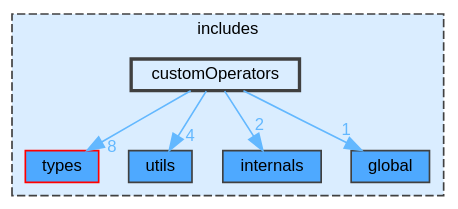
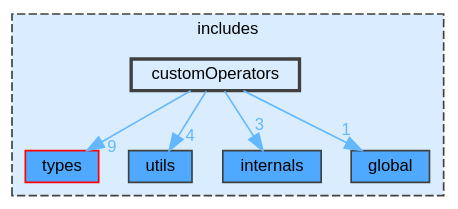
Before and after one commit to JS-CMP/JS-CMP: the diagram in dir_1c63c3c191506360213175317bb3c1a3_dep.dot, drawn with Graphviz. The commit also changed 62 other files, not shown here.

```diff
--- a/dir_1c63c3c191506360213175317bb3c1a3_dep.dot
+++ b/dir_1c63c3c191506360213175317bb3c1a3_dep.dot
@@ -1,20 +1,20 @@
 digraph "includes/customOperators"
 {
  // LATEX_PDF_SIZE
   bgcolor="transparent";
   edge [fontname=Helvetica,fontsize=10,labelfontname=Helvetica,labelfontsize=10];
   node [fontname=Helvetica,fontsize=10,shape=box,height=0.2,width=0.4];
   compound=true
   subgraph clusterdir_09e761304027c904456130627fd4dcf5 {
     graph [ bgcolor="#daedff", pencolor="grey25", label="includes", fontname=Helvetica,fontsize=10 style="filled,dashed", URL="dir_09e761304027c904456130627fd4dcf5.html",tooltip=""]
   dir_00373071588607d1d83d0faa600e52a0 [label="types", fillcolor="#4ea9ff", color="red", style="filled", URL="dir_00373071588607d1d83d0faa600e52a0.html",tooltip=""];
   dir_3f8feeb2fa3bd0d1b751b257ed9f12a2 [label="utils", fillcolor="#4ea9ff", color="grey25", style="filled", URL="dir_3f8feeb2fa3bd0d1b751b257ed9f12a2.html",tooltip=""];
   dir_a9d9b9bbf15479e3064110165d860e33 [label="internals", fillcolor="#4ea9ff", color="grey25", style="filled", URL="dir_a9d9b9bbf15479e3064110165d860e33.html",tooltip=""];
   dir_ab3240e1f48e07e7724fe257c5d3746b [label="global", fillcolor="#4ea9ff", color="grey25", style="filled", URL="dir_ab3240e1f48e07e7724fe257c5d3746b.html",tooltip=""];
   dir_1c63c3c191506360213175317bb3c1a3 [label="customOperators", fillcolor="#daedff", color="grey25", style="filled,bold", URL="dir_1c63c3c191506360213175317bb3c1a3.html",tooltip=""];
   }
-  dir_1c63c3c191506360213175317bb3c1a3->dir_00373071588607d1d83d0faa600e52a0 [headlabel="8", labeldistance=1.5 headhref="dir_000009_000034.html" href="dir_000009_000034.html" color="steelblue1" fontcolor="steelblue1"];
+  dir_1c63c3c191506360213175317bb3c1a3->dir_00373071588607d1d83d0faa600e52a0 [headlabel="9", labeldistance=1.5 headhref="dir_000009_000034.html" href="dir_000009_000034.html" color="steelblue1" fontcolor="steelblue1"];
   dir_1c63c3c191506360213175317bb3c1a3->dir_3f8feeb2fa3bd0d1b751b257ed9f12a2 [headlabel="4", labeldistance=1.5 headhref="dir_000009_000038.html" href="dir_000009_000038.html" color="steelblue1" fontcolor="steelblue1"];
-  dir_1c63c3c191506360213175317bb3c1a3->dir_a9d9b9bbf15479e3064110165d860e33 [headlabel="2", labeldistance=1.5 headhref="dir_000009_000018.html" href="dir_000009_000018.html" color="steelblue1" fontcolor="steelblue1"];
+  dir_1c63c3c191506360213175317bb3c1a3->dir_a9d9b9bbf15479e3064110165d860e33 [headlabel="3", labeldistance=1.5 headhref="dir_000009_000018.html" href="dir_000009_000018.html" color="steelblue1" fontcolor="steelblue1"];
   dir_1c63c3c191506360213175317bb3c1a3->dir_ab3240e1f48e07e7724fe257c5d3746b [headlabel="1", labeldistance=1.5 headhref="dir_000009_000015.html" href="dir_000009_000015.html" color="steelblue1" fontcolor="steelblue1"];
 }
```
